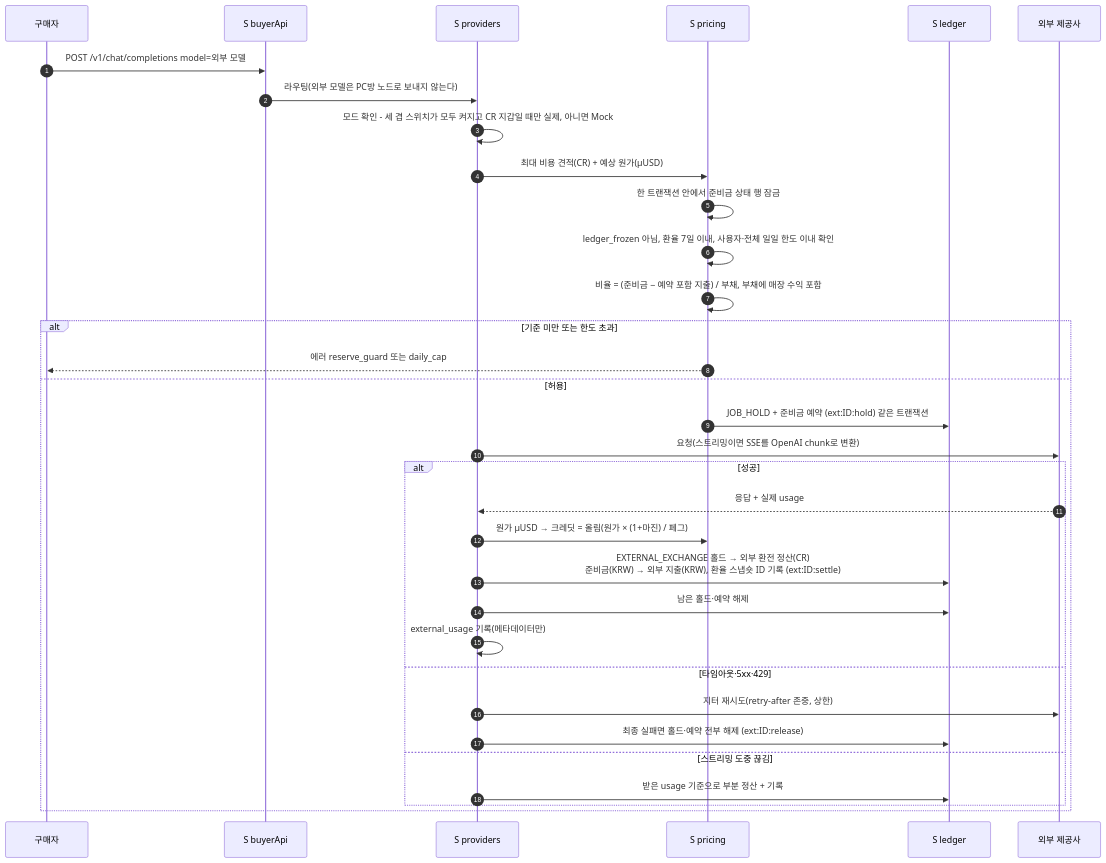
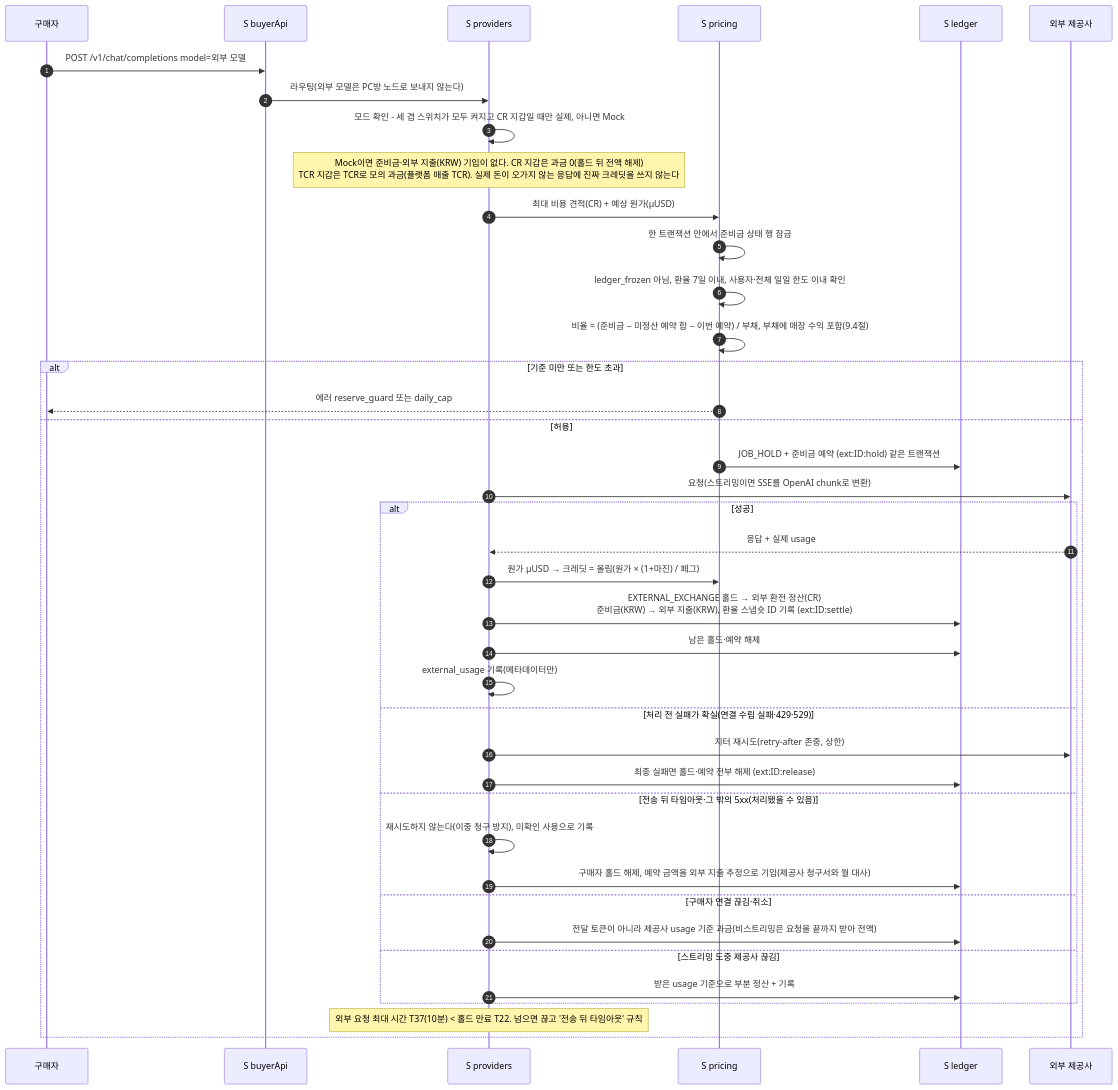
Before and after one commit to songhojin0525/spareon: the ninth of 23 diagrams in docs/ARCHITECTURE.md, drawn with Mermaid. The commit also changed other lines of this file and 15 other files, not shown here.

````diff
--- a/docs/ARCHITECTURE.md
+++ b/docs/ARCHITECTURE.md
@@ -412,35 +412,42 @@
 ```mermaid
 sequenceDiagram
   autonumber
   participant B as 구매자
   participant API as S buyerApi
   participant PR as S providers
   participant P as S pricing
   participant L as S ledger
   participant X as 외부 제공사
   B->>API: POST /v1/chat/completions model=외부 모델
   API->>PR: 라우팅(외부 모델은 PC방 노드로 보내지 않는다)
   PR->>PR: 모드 확인 - 세 겹 스위치가 모두 켜지고 CR 지갑일 때만 실제, 아니면 Mock
+  Note over PR: Mock이면 준비금·외부 지출(KRW) 기입이 없다. CR 지갑은 과금 0(홀드 뒤 전액 해제)<br/>TCR 지갑은 TCR로 모의 과금(플랫폼 매출 TCR). 실제 돈이 오가지 않는 응답에 진짜 크레딧을 쓰지 않는다
   PR->>P: 최대 비용 견적(CR) + 예상 원가(µUSD)
   P->>P: 한 트랜잭션 안에서 준비금 상태 행 잠금
   P->>P: ledger_frozen 아님, 환율 7일 이내, 사용자·전체 일일 한도 이내 확인
-  P->>P: 비율 = (준비금 − 예약 포함 지출) / 부채, 부채에 매장 수익 포함
+  P->>P: 비율 = (준비금 − 미정산 예약 합 − 이번 예약) / 부채, 부채에 매장 수익 포함(9.4절)
   alt 기준 미만 또는 한도 초과
     P-->>B: 에러 reserve_guard 또는 daily_cap
   else 허용
     P->>L: JOB_HOLD + 준비금 예약 (ext:ID:hold) 같은 트랜잭션
     PR->>X: 요청(스트리밍이면 SSE를 OpenAI chunk로 변환)
     alt 성공
       X-->>PR: 응답 + 실제 usage
       PR->>P: 원가 µUSD → 크레딧 = 올림(원가 × (1+마진) / 페그)
       PR->>L: EXTERNAL_EXCHANGE 홀드 → 외부 환전 정산(CR)<br/>준비금(KRW) → 외부 지출(KRW), 환율 스냅숏 ID 기록 (ext:ID:settle)
       PR->>L: 남은 홀드·예약 해제
       PR->>PR: external_usage 기록(메타데이터만)
-    else 타임아웃·5xx·429
+    else 처리 전 실패가 확실(연결 수립 실패·429·529)
       PR->>X: 지터 재시도(retry-after 존중, 상한)
       PR->>L: 최종 실패면 홀드·예약 전부 해제 (ext:ID:release)
-    else 스트리밍 도중 끊김
+    else 전송 뒤 타임아웃·그 밖의 5xx(처리됐을 수 있음)
+      PR->>PR: 재시도하지 않는다(이중 청구 방지), 미확인 사용으로 기록
+      PR->>L: 구매자 홀드 해제, 예약 금액을 외부 지출 추정으로 기입(제공사 청구서와 월 대사)
+    else 구매자 연결 끊김·취소
+      PR->>L: 전달 토큰이 아니라 제공사 usage 기준 과금(비스트리밍은 요청을 끝까지 받아 전액)
+    else 스트리밍 도중 제공사 끊김
       PR->>L: 받은 usage 기준으로 부분 정산 + 기록
     end
+    Note over PR: 외부 요청 최대 시간 T37(10분) < 홀드 만료 T22. 넘으면 끊고 '전송 뒤 타임아웃' 규칙
   end
 ```
````
